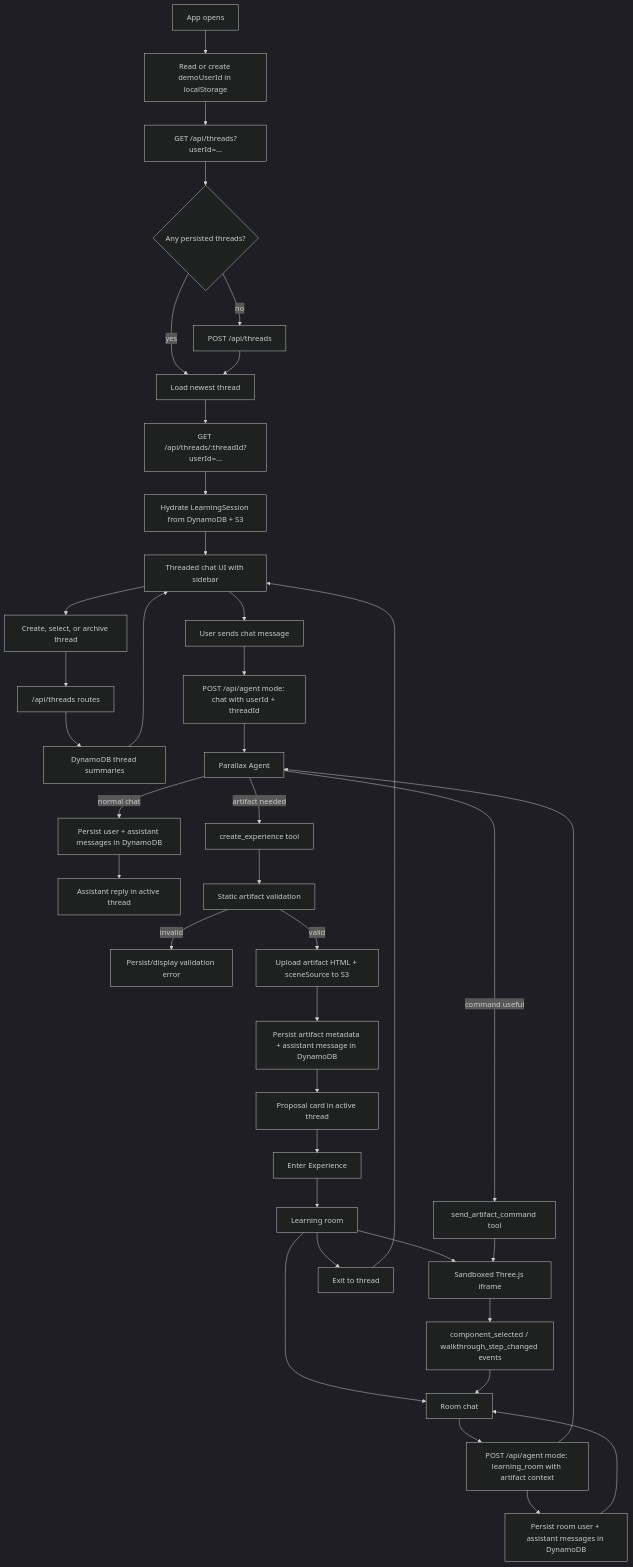
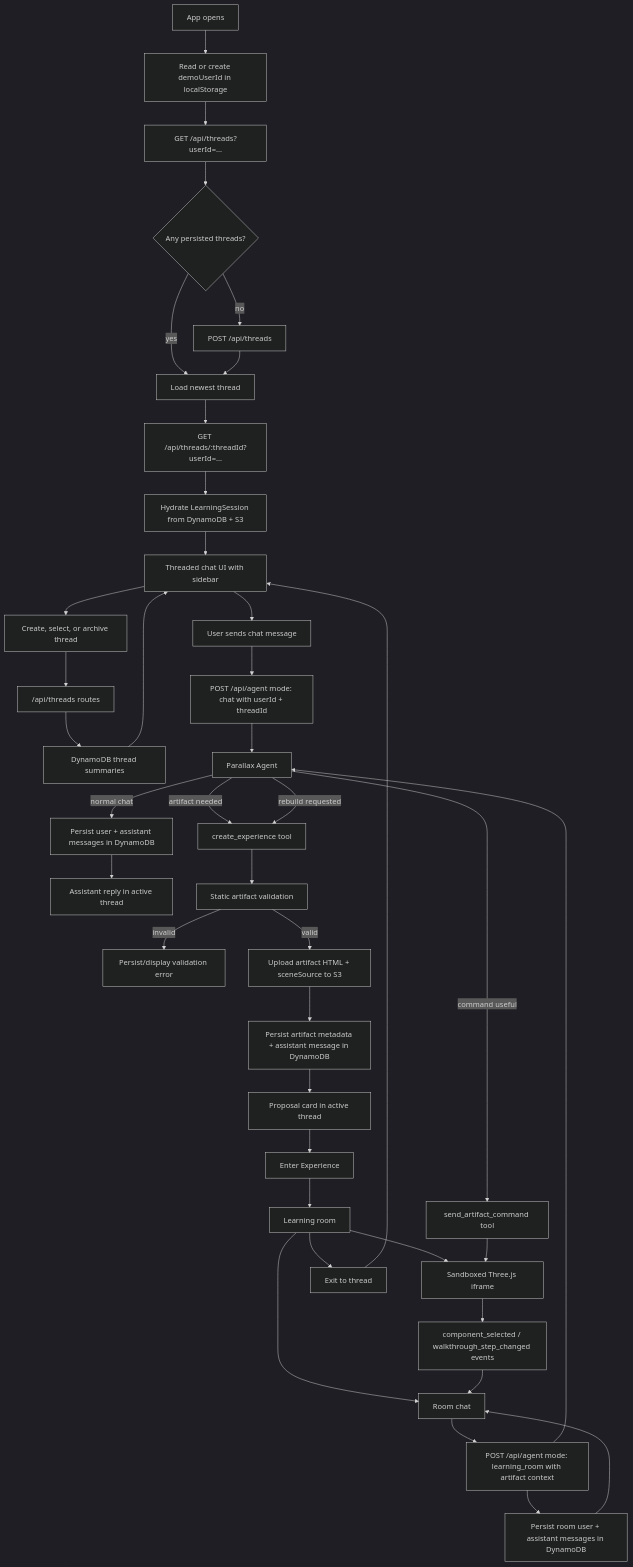
The first of 2 diagrams in docs/parallax-architecture.md (S-W-Leong/parallax), drawn with Mermaid (dark theme) before and after one commit. The commit also changed other lines of this file and 14 other files, not shown here.

````diff
--- a/docs/parallax-architecture.md
+++ b/docs/parallax-architecture.md
@@ -15,44 +15,45 @@
 ```mermaid
 flowchart TD
   A["App opens"] --> B["Read or create demoUserId in localStorage"]
   B --> C["GET /api/threads?userId=..."]
   C --> D{"Any persisted threads?"}
   D -- no --> E["POST /api/threads"]
   D -- yes --> F["Load newest thread"]
   E --> F
   F --> G["GET /api/threads/:threadId?userId=..."]
   G --> H["Hydrate LearningSession from DynamoDB + S3"]
   H --> I["Threaded chat UI with sidebar"]
 
   I --> J["Create, select, or archive thread"]
   J --> K["/api/threads routes"]
   K --> L["DynamoDB thread summaries"]
   L --> I
 
   I --> M["User sends chat message"]
   M --> N["POST /api/agent mode: chat with userId + threadId"]
   N --> O["Parallax Agent"]
   O -- normal chat --> P["Persist user + assistant messages in DynamoDB"]
   P --> Q["Assistant reply in active thread"]
   O -- artifact needed --> R["create_experience tool"]
   R --> S["Static artifact validation"]
   S -- invalid --> T["Persist/display validation error"]
   S -- valid --> U["Upload artifact HTML + sceneSource to S3"]
   U --> V["Persist artifact metadata + assistant message in DynamoDB"]
   V --> W["Proposal card in active thread"]
 
   W --> X["Enter Experience"]
   X --> Y["Learning room"]
   Y --> Z["Sandboxed Three.js iframe"]
   Y --> AA["Room chat"]
   Z --> AB["component_selected / walkthrough_step_changed events"]
   AB --> AA
   AA --> AC["POST /api/agent mode: learning_room with artifact context"]
   AC --> O
   O -- command useful --> AD["send_artifact_command tool"]
+  O -- rebuild requested --> R
   AD --> Z
   AC --> AE["Persist room user + assistant messages in DynamoDB"]
   AE --> AA
   Y --> AF["Exit to thread"]
   AF --> I
 ```
````
